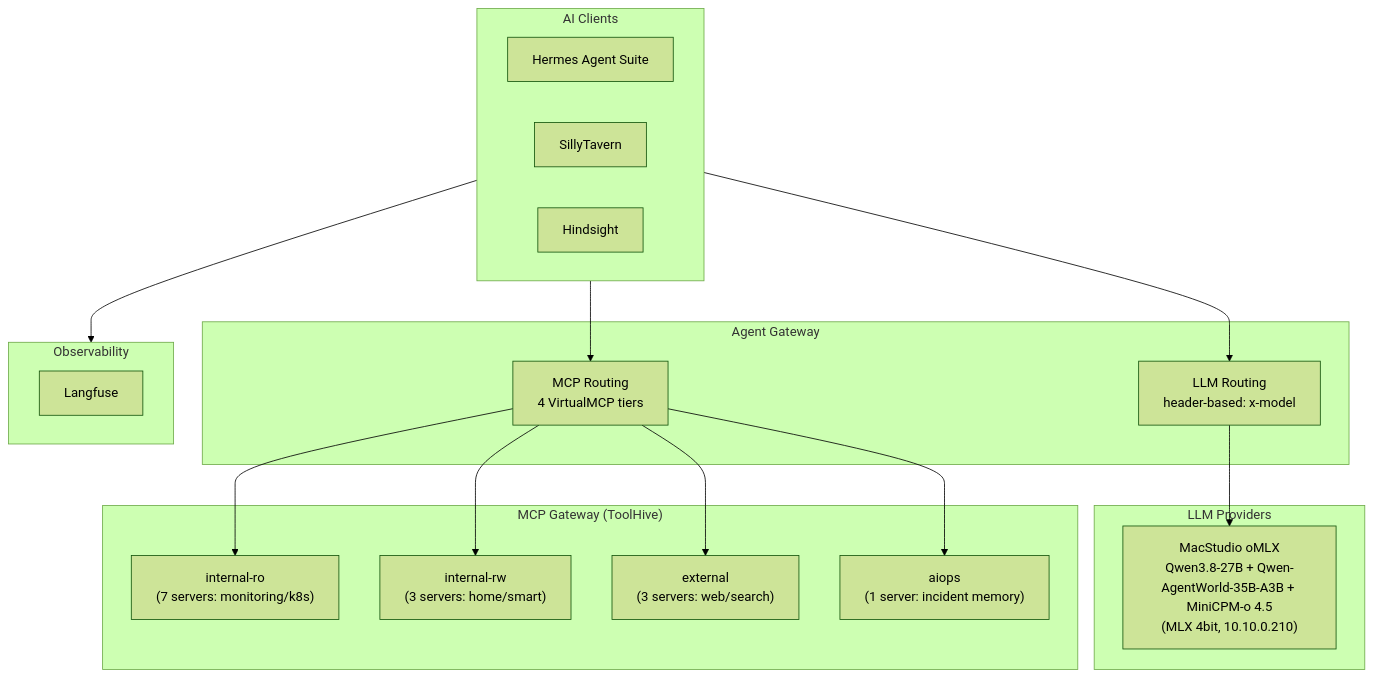
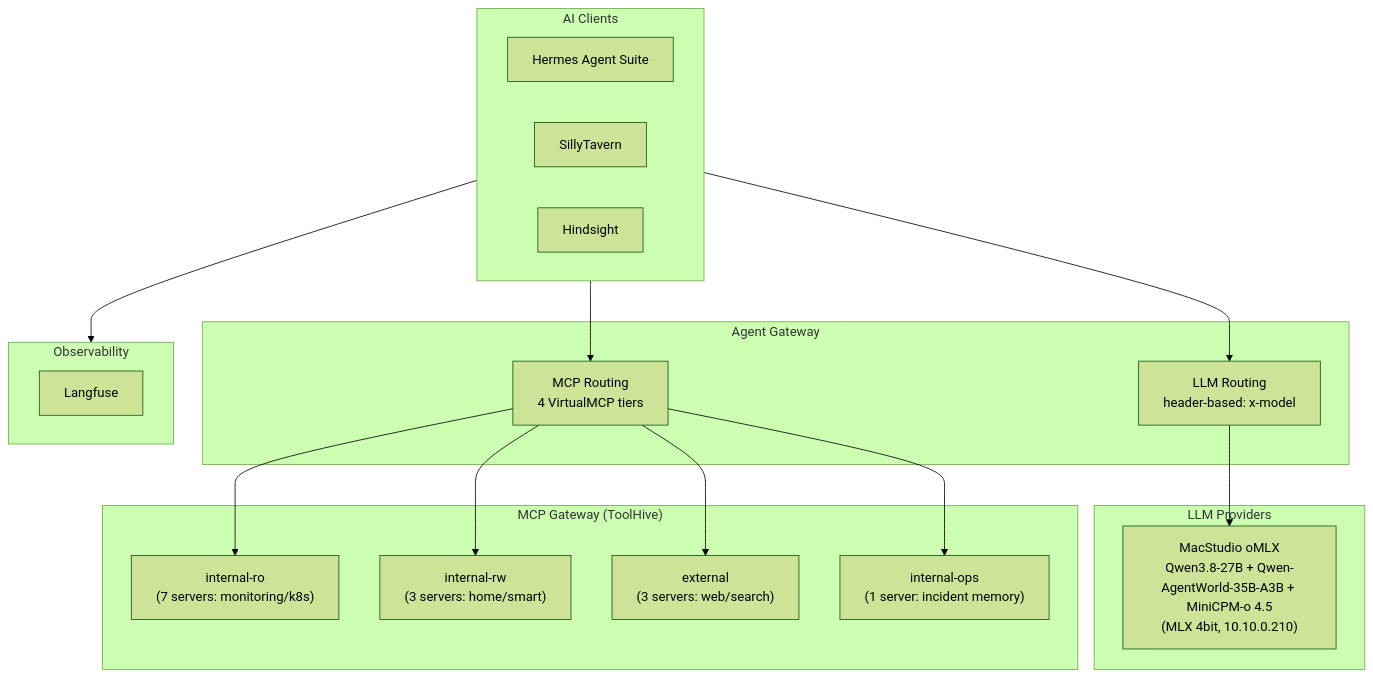
The diagram in docs/application/ai.md (soulwhisper/home-ops), drawn with Mermaid (forest theme) before and after one commit. The commit also changed other lines of this file and 15 other files, not shown here.

First line of the commit message:
chore(mcp): rename aiops tier to ops

````diff
--- a/docs/application/ai.md
+++ b/docs/application/ai.md
@@ -8,37 +8,37 @@
 ```mermaid
 flowchart TB
     subgraph Clients["AI Clients"]
         Hermes["Hermes Agent Suite"]
         ST["SillyTavern"]
         HS["Hindsight"]
     end
 
     subgraph Gateway["Agent Gateway"]
         AG-LLM["LLM Routing<br/>header-based: x-model"]
         AG-MCP["MCP Routing<br/>4 VirtualMCP tiers"]
     end
 
     subgraph LLM["LLM Providers"]
         Studio["MacStudio oMLX<br/>Qwen3.8-27B + Qwen-AgentWorld-35B-A3B + MiniCPM-o 4.5<br/>(MLX 4bit, 10.10.0.210)"]
     end
 
     subgraph MCP["MCP Gateway (ToolHive)"]
         VMCP-RO["internal-ro<br/>(7 servers: monitoring/k8s)"]
         VMCP-RW["internal-rw<br/>(3 servers: home/smart)"]
         VMCP-EXT["external<br/>(3 servers: web/search)"]
-        VMCP-AIOPS["aiops<br/>(1 server: incident memory)"]
+        VMCP-OPS["internal-ops<br/>(1 server: incident memory)"]
     end
 
     subgraph Obs["Observability"]
         Langfuse["Langfuse"]
     end
 
     Clients --> AG-LLM
     Clients --> AG-MCP
     AG-LLM --> Studio
     AG-MCP --> VMCP-RO
     AG-MCP --> VMCP-RW
     AG-MCP --> VMCP-EXT
-    AG-MCP --> VMCP-AIOPS
+    AG-MCP --> VMCP-OPS
     Clients --> Obs
 ```
````
